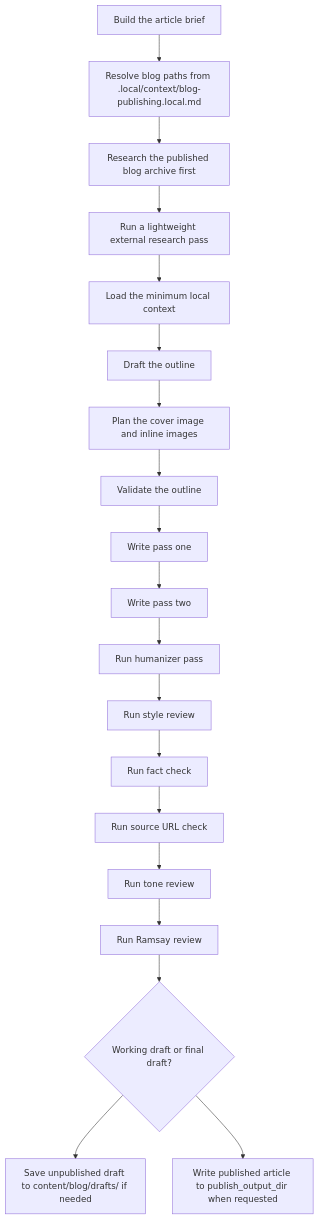
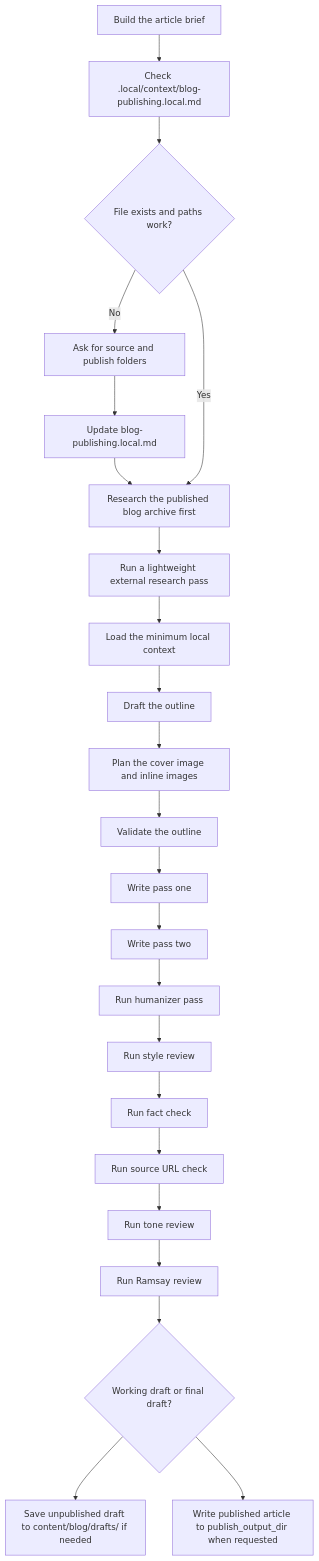
Before and after one commit to onehorizonai/ink: the second of 2 diagrams in README.md, drawn with Mermaid. The commit also changed other lines of this file, not shown here.

Commit message:
Update README headings and blog workflow diagram

````diff
--- a/README.md
+++ b/README.md
@@ -194,21 +194,25 @@
 ```mermaid
 flowchart TD
-    A["Build the article brief"] --> B["Resolve blog paths from .local/context/blog-publishing.local.md"]
-    B --> C["Research the published blog archive first"]
-    C --> D["Run a lightweight external research pass"]
-    D --> E["Load the minimum local context"]
-    E --> F["Draft the outline"]
-    F --> G["Plan the cover image and inline images"]
-    G --> H["Validate the outline"]
-    H --> I["Write pass one"]
-    I --> J["Write pass two"]
-    J --> K["Run humanizer pass"]
-    K --> L["Run style review"]
-    L --> M["Run fact check"]
-    M --> N["Run source URL check"]
-    N --> O["Run tone review"]
-    O --> P["Run Ramsay review"]
-    P --> Q{"Working draft or final draft?"}
-    Q --> R["Save unpublished draft to content/blog/drafts/ if needed"]
-    Q --> S["Write published article to publish_output_dir when requested"]
+    A["Build the article brief"] --> B["Check .local/context/blog-publishing.local.md"]
+    B --> C{"File exists and paths work?"}
+    C -- "No" --> D["Ask for source and publish folders"]
+    D --> E["Update blog-publishing.local.md"]
+    E --> F["Research the published blog archive first"]
+    C -- "Yes" --> F
+    F --> G["Run a lightweight external research pass"]
+    G --> H["Load the minimum local context"]
+    H --> I["Draft the outline"]
+    I --> J["Plan the cover image and inline images"]
+    J --> K["Validate the outline"]
+    K --> L["Write pass one"]
+    L --> M["Write pass two"]
+    M --> N["Run humanizer pass"]
+    N --> O["Run style review"]
+    O --> P["Run fact check"]
+    P --> Q["Run source URL check"]
+    Q --> R["Run tone review"]
+    R --> S["Run Ramsay review"]
+    S --> T{"Working draft or final draft?"}
+    T --> U["Save unpublished draft to content/blog/drafts/ if needed"]
+    T --> V["Write published article to publish_output_dir when requested"]
 ```
````
